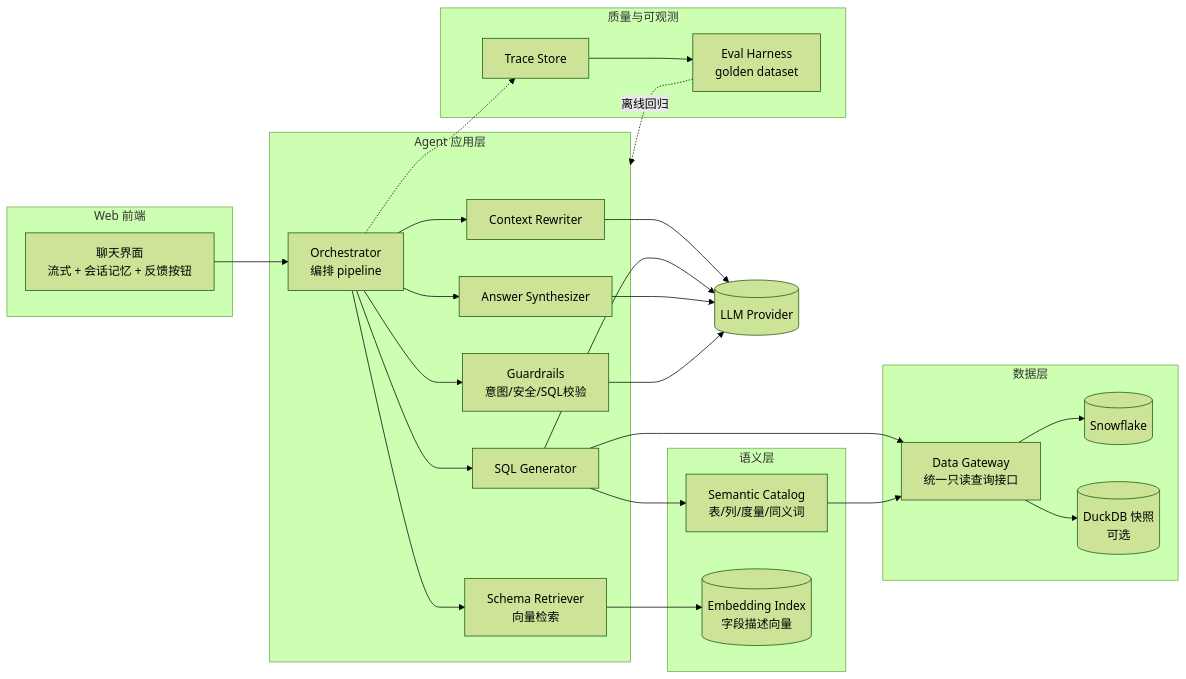
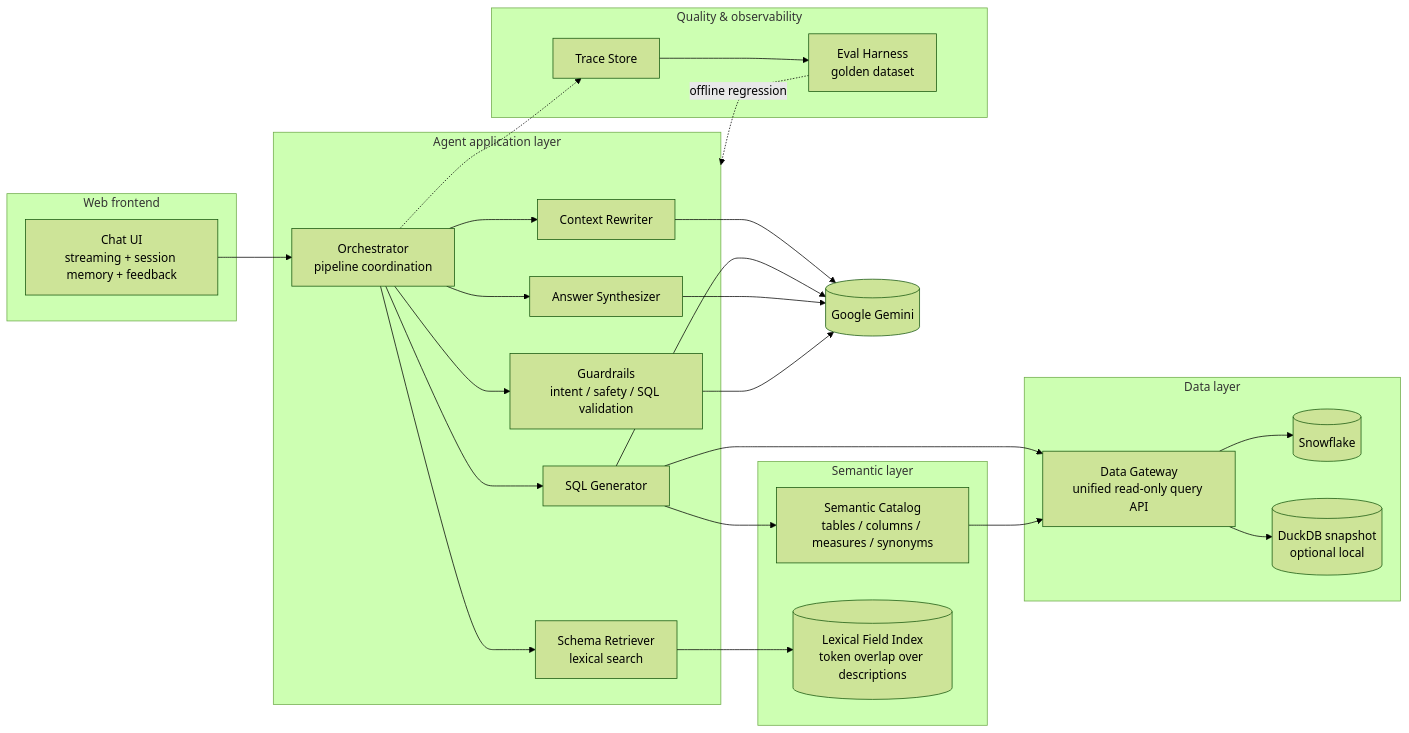
One commit to AndyUneducated/us-population-agent changed the second of 4 diagrams in docs/TECHNICAL_DESIGN.md. Above: the diagram before and after it, drawn with Mermaid (forest theme). The commit also changed other lines of this file and 35 other files, not shown here.

First line of the commit message:
Add Phases 4–5, Gemini LLM, Streamlit deploy assets, and English docs.

````diff
--- a/docs/TECHNICAL_DESIGN.md
+++ b/docs/TECHNICAL_DESIGN.md
@@ -99,44 +102,44 @@
 ```mermaid
 flowchart LR
-    subgraph UI[Web 前端]
-        Chat[聊天界面<br/>流式 + 会话记忆 + 反馈按钮]
+    subgraph UI[Web frontend]
+        Chat[Chat UI<br/>streaming + session memory + feedback]
     end
-    subgraph APP[Agent 应用层]
-        Orchestrator[Orchestrator<br/>编排 pipeline]
-        Guard[Guardrails<br/>意图/安全/SQL校验]
+    subgraph APP[Agent application layer]
+        Orchestrator[Orchestrator<br/>pipeline coordination]
+        Guard[Guardrails<br/>intent / safety / SQL validation]
         Rewriter[Context Rewriter]
-        Retriever[Schema Retriever<br/>向量检索]
+        Retriever[Schema Retriever<br/>lexical search]
         SQLGen[SQL Generator]
         Synth[Answer Synthesizer]
     end
-    subgraph SEM[语义层]
-        Catalog[Semantic Catalog<br/>表/列/度量/同义词]
-        Embed[(Embedding Index<br/>字段描述向量)]
+    subgraph SEM[Semantic layer]
+        Catalog[Semantic Catalog<br/>tables / columns / measures / synonyms]
+        Index[(Lexical Field Index<br/>token overlap over descriptions)]
     end
-    subgraph DATA[数据层]
-        Conn[Data Gateway<br/>统一只读查询接口]
+    subgraph DATA[Data layer]
+        Conn[Data Gateway<br/>unified read-only query API]
         SF[(Snowflake)]
-        Snap[(DuckDB 快照<br/>可选)]
+        Snap[(DuckDB snapshot<br/>optional local)]
     end
-    subgraph OBS[质量与可观测]
+    subgraph OBS[Quality & observability]
         Trace[Trace Store]
         Eval[Eval Harness<br/>golden dataset]
     end
-    LLM[(LLM Provider)]
+    LLM[(Google Gemini)]
 
     Chat --> Orchestrator
     Orchestrator --> Guard & Rewriter & Retriever & SQLGen & Synth
-    Retriever --> Embed
+    Retriever --> Index
     SQLGen --> Catalog
     Rewriter --> LLM
     SQLGen --> LLM
     Synth --> LLM
     Guard --> LLM
     SQLGen --> Conn
     Conn --> SF
     Conn --> Snap
     Catalog --> Conn
     Orchestrator -.-> Trace
     Trace --> Eval
-    Eval -.离线回归.-> APP
+    Eval -.offline regression.-> APP
 ```
````
